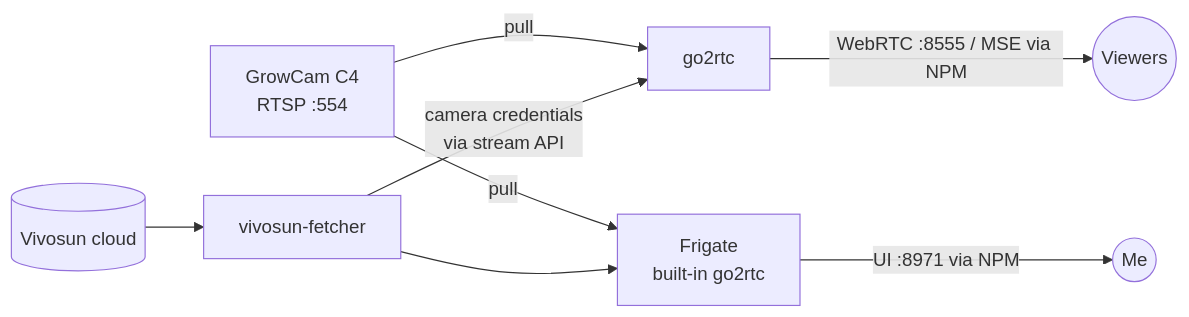
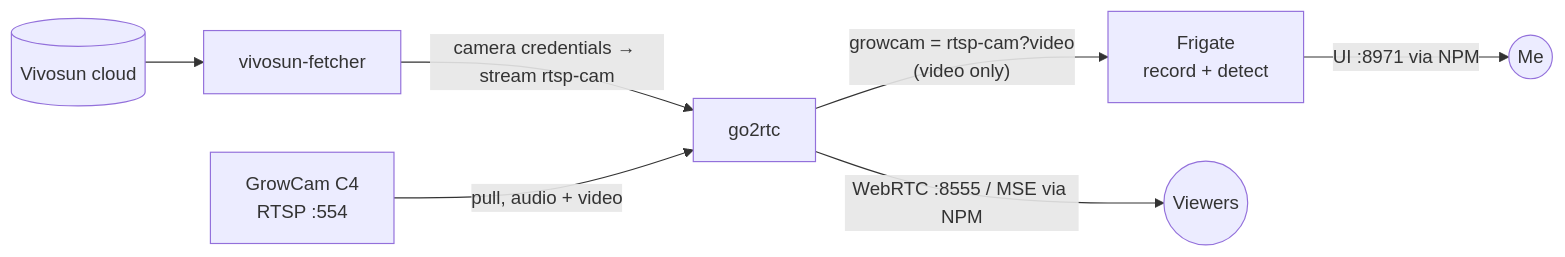
One commit to iGridZ/homelab changed the diagram in stacks/camera/README.md. Above: the diagram before and after it, drawn with Mermaid. The commit also changed other lines of this file and 4 other files, not shown here.

First line of the commit message:
feat(camera): single stream source in go2rtc

````diff
--- a/stacks/camera/README.md
+++ b/stacks/camera/README.md
@@ -12,10 +12,9 @@
 ```mermaid
 flowchart LR
-    cam[GrowCam C4<br/>RTSP :554] -->|pull| g2r[go2rtc]
-    cam -->|pull| frig[Frigate<br/>built-in go2rtc]
-    fetch[vivosun-fetcher] -- "camera credentials<br/>via stream API" --> g2r
-    fetch -- " " --> frig
-    vivo[(Vivosun cloud)] --> fetch
+    vivo[(Vivosun cloud)] --> fetch[vivosun-fetcher]
+    fetch -- "camera credentials → stream rtsp-cam" --> g2r[go2rtc]
+    cam[GrowCam C4<br/>RTSP :554] -->|pull, audio + video| g2r
+    g2r -- "growcam = rtsp-cam?video<br/>(video only)" --> frig[Frigate<br/>record + detect]
     g2r -- "WebRTC :8555 / MSE via NPM" --> friends((Viewers))
     frig -- "UI :8971 via NPM" --> me((Me))
 ```
````
